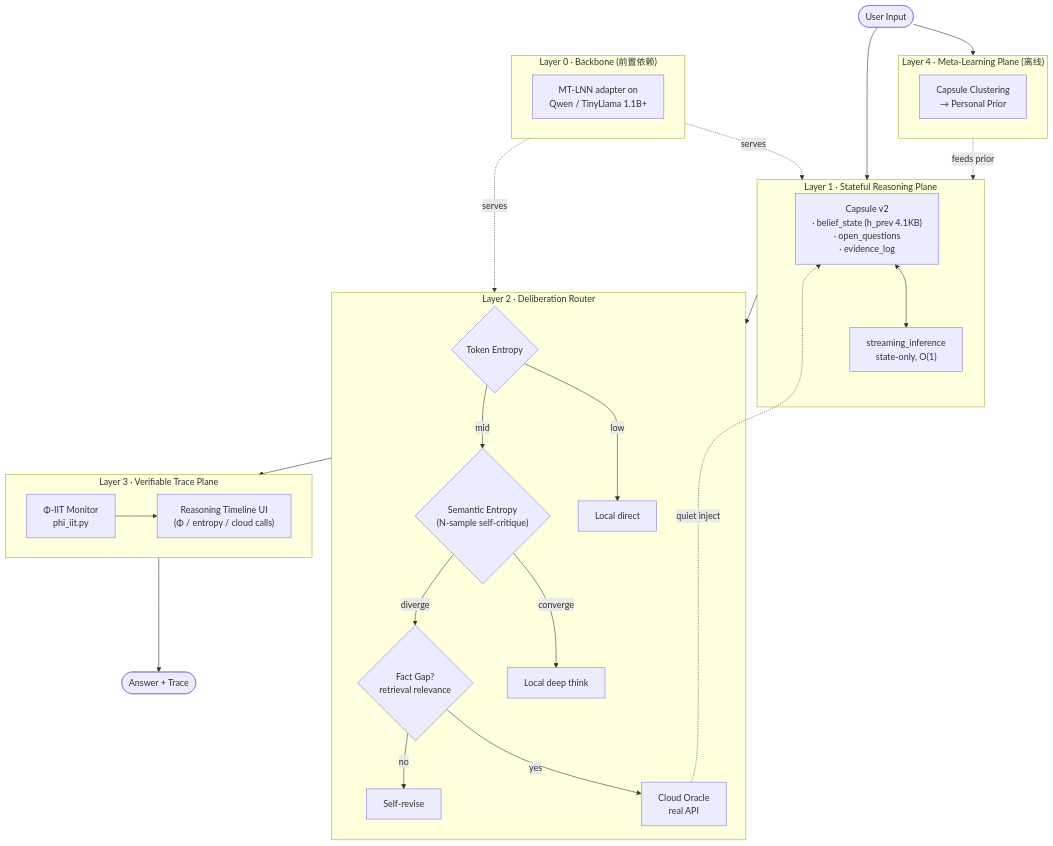
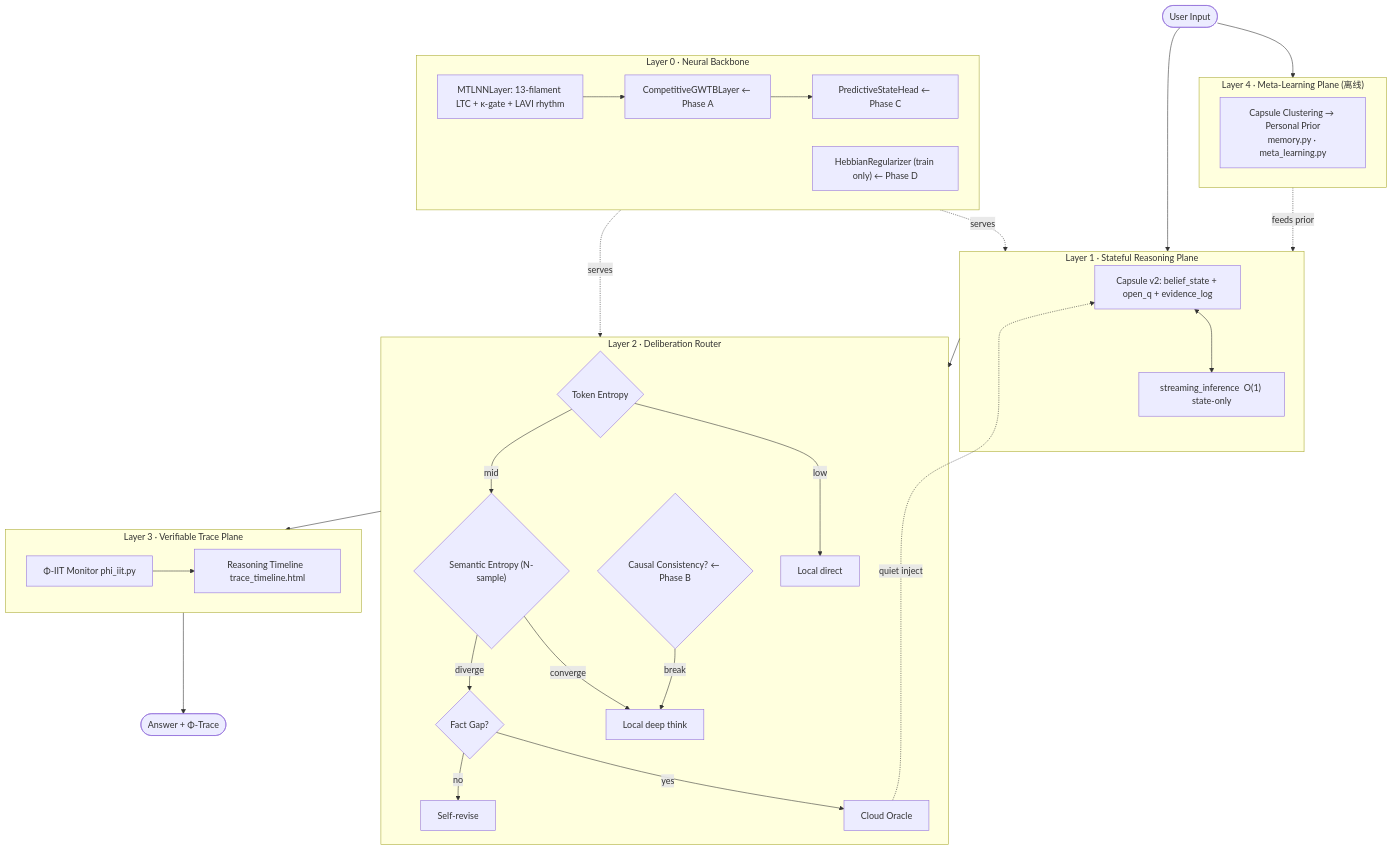
Before and after one commit to AwareLiquid/M1: the diagram in ARCHITECTURE.md, drawn with Mermaid. The commit also changed other lines of this file and 14 other files, not shown here.

````diff
--- a/ARCHITECTURE.md
+++ b/ARCHITECTURE.md
@@ -25,45 +67,51 @@
 ```mermaid
 flowchart TB
     User([User Input]) --> L4
 
     subgraph L4["Layer 4 · Meta-Learning Plane (离线)"]
-        ML["Capsule Clustering<br/>→ Personal Prior"]
+        ML["Capsule Clustering → Personal Prior<br/>memory.py · meta_learning.py"]
     end
 
     subgraph L3["Layer 3 · Verifiable Trace Plane"]
-        PHI["Φ-IIT Monitor<br/>phi_iit.py"]
-        UI["Reasoning Timeline UI<br/>(Φ / entropy / cloud calls)"]
+        PHI["Φ-IIT Monitor  phi_iit.py"]
+        UI["Reasoning Timeline  trace_timeline.html"]
         PHI --> UI
     end
 
     subgraph L2["Layer 2 · Deliberation Router"]
         E1{"Token Entropy"}
-        E2{"Semantic Entropy<br/>(N-sample self-critique)"}
-        E3{"Fact Gap?<br/>retrieval relevance"}
+        E2{"Semantic Entropy (N-sample)"}
+        E3{"Fact Gap?"}
+        E4{"Causal Consistency? ← Phase B"}
         E1 -->|low| OUT1[Local direct]
         E1 -->|mid| E2
         E2 -->|converge| OUT2[Local deep think]
         E2 -->|diverge| E3
-        E3 -->|yes| CLOUD[Cloud Oracle<br/>real API]
+        E4 -->|break| OUT2
+        E3 -->|yes| CLOUD[Cloud Oracle]
         E3 -->|no| OUT3[Self-revise]
     end
 
     subgraph L1["Layer 1 · Stateful Reasoning Plane"]
-        CAP["Capsule v2<br/>· belief_state (h_prev 4.1KB)<br/>· open_questions<br/>· evidence_log"]
-        STREAM["streaming_inference<br/>state-only, O(1)"]
+        CAP["Capsule v2: belief_state + open_q + evidence_log"]
+        STREAM["streaming_inference  O(1) state-only"]
         CAP <--> STREAM
     end
 
-    subgraph L0["Layer 0 · Backbone (前置依赖)"]
-        BB["MT-LNN adapter on<br/>Qwen / TinyLlama 1.1B+"]
+    subgraph L0["Layer 0 · Neural Backbone"]
+        MT["MTLNNLayer: 13-filament LTC + κ-gate + LAVI rhythm"]
+        CGWTB["CompetitiveGWTBLayer ← Phase A"]
+        WM["PredictiveStateHead ← Phase C"]
+        HEBB["HebbianRegularizer (train only) ← Phase D"]
+        MT --> CGWTB --> WM
     end
 
     L4 -.feeds prior.-> L1
     User --> L1
     L1 --> L2
     L2 --> L3
     L0 -.serves.-> L1
     L0 -.serves.-> L2
     CLOUD -.quiet inject.-> CAP
-    L3 --> Output([Answer + Trace])
+    L3 --> Output([Answer + Φ-Trace])
 ```
````
